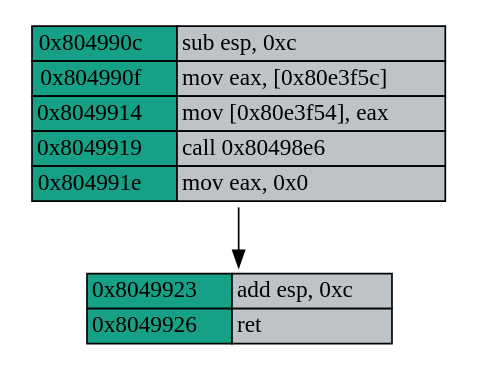
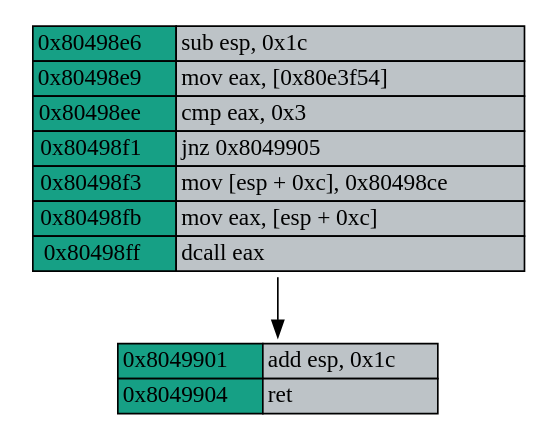
Before and after one commit to Nicolnegg/researh: the diagram in VM/tools-paper/Examples/simple-example/function_cfg.dot, drawn with Graphviz. The commit also changed 57 other files, not shown here.

```diff
--- a/VM/tools-paper/Examples/simple-example/function_cfg.dot
+++ b/VM/tools-paper/Examples/simple-example/function_cfg.dot
@@ -1,20 +1,22 @@
 digraph G {
   node [shape=plaintext, ];
-  344375939 [label=<<table border="0" cellspacing="0">
-<tr><td border="1" bgcolor="#16a085">0x804990c</td><td border="1" bgcolor="#bdc3c7" align="left">sub esp, 0xc</td></tr>
-<tr><td border="1" bgcolor="#16a085">0x804990f</td><td border="1" bgcolor="#bdc3c7" align="left">mov eax, [0x80e3f5c]</td></tr>
-<tr><td border="1" bgcolor="#16a085">0x8049914</td><td border="1" bgcolor="#bdc3c7" align="left">mov [0x80e3f54], eax</td></tr>
-<tr><td border="1" bgcolor="#16a085">0x8049919</td><td border="1" bgcolor="#bdc3c7" align="left">call 0x80498e6</td></tr>
-<tr><td border="1" bgcolor="#16a085">0x804991e</td><td border="1" bgcolor="#bdc3c7" align="left">mov eax, 0x0</td></tr>
+  702562101 [label=<<table border="0" cellspacing="0">
+<tr><td border="1" bgcolor="#16a085">0x8049901</td><td border="1" bgcolor="#bdc3c7" align="left">add esp, 0x1c</td></tr>
+<tr><td border="1" bgcolor="#16a085">0x8049904</td><td border="1" bgcolor="#bdc3c7" align="left">ret</td></tr>
 </table>>,
              ];
-  90937644 [label=<<table border="0" cellspacing="0">
-<tr><td border="1" bgcolor="#16a085">0x8049923</td><td border="1" bgcolor="#bdc3c7" align="left">add esp, 0xc</td></tr>
-<tr><td border="1" bgcolor="#16a085">0x8049926</td><td border="1" bgcolor="#bdc3c7" align="left">ret</td></tr>
+  963950921 [label=<<table border="0" cellspacing="0">
+<tr><td border="1" bgcolor="#16a085">0x80498e6</td><td border="1" bgcolor="#bdc3c7" align="left">sub esp, 0x1c</td></tr>
+<tr><td border="1" bgcolor="#16a085">0x80498e9</td><td border="1" bgcolor="#bdc3c7" align="left">mov eax, [0x80e3f54]</td></tr>
+<tr><td border="1" bgcolor="#16a085">0x80498ee</td><td border="1" bgcolor="#bdc3c7" align="left">cmp eax, 0x3</td></tr>
+<tr><td border="1" bgcolor="#16a085">0x80498f1</td><td border="1" bgcolor="#bdc3c7" align="left">jnz 0x8049905</td></tr>
+<tr><td border="1" bgcolor="#16a085">0x80498f3</td><td border="1" bgcolor="#bdc3c7" align="left">mov [esp + 0xc], 0x80498ce</td></tr>
+<tr><td border="1" bgcolor="#16a085">0x80498fb</td><td border="1" bgcolor="#bdc3c7" align="left">mov eax, [esp + 0xc]</td></tr>
+<tr><td border="1" bgcolor="#16a085">0x80498ff</td><td border="1" bgcolor="#bdc3c7" align="left">dcall eax</td></tr>
 </table>>,
-            ];
+             ];
   
   
-  344375939 -> 90937644 [minlen=1, ];
+  963950921 -> 702562101 [minlen=1, ];
   
   }
```
